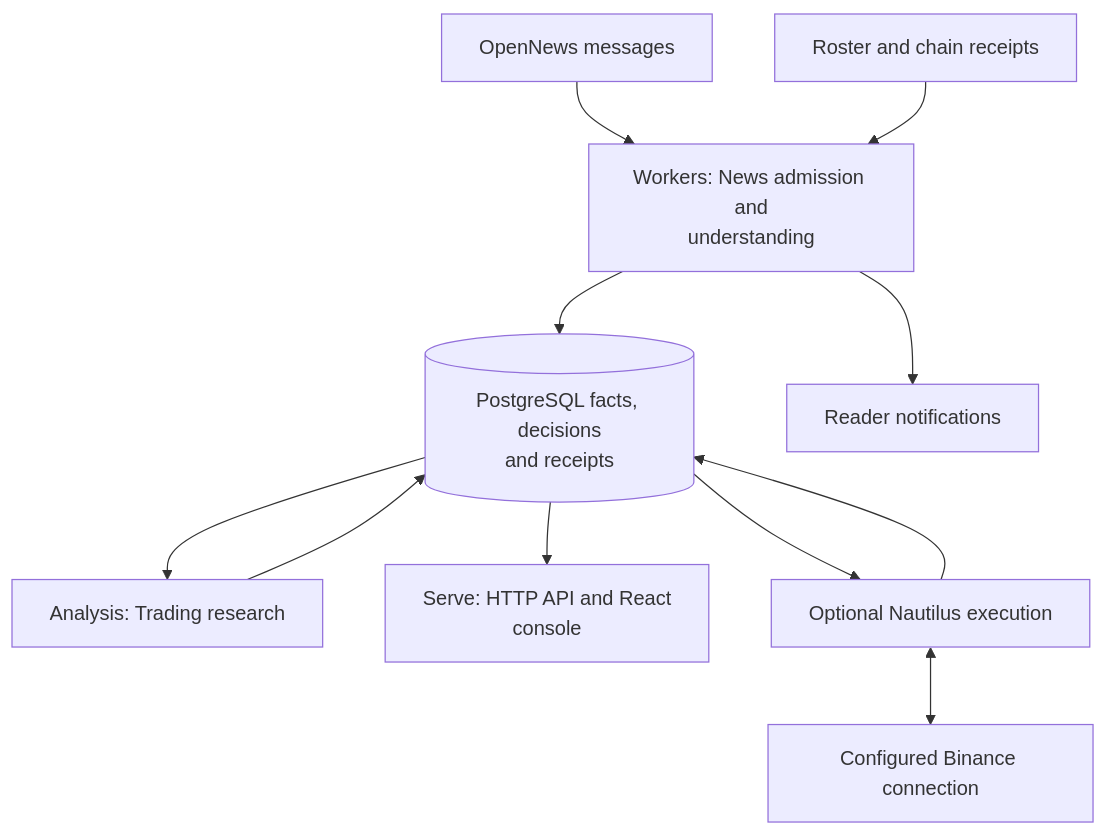
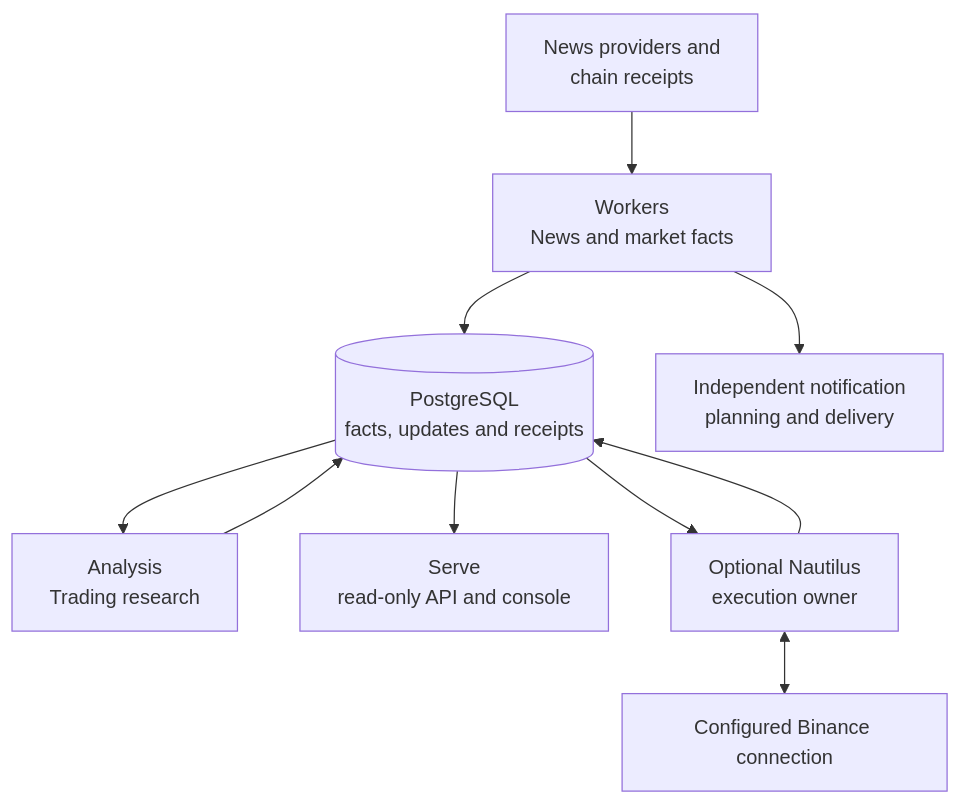
One commit to AnalyThothAI/tracefold changed the diagram in README.md. Above: the diagram before and after it, drawn with Mermaid. The commit also changed other lines of this file and 61 other files, not shown here.

````diff
--- a/README.md
+++ b/README.md
@@ -28,13 +27,12 @@
 ```mermaid
 flowchart TB
-    Sources["OpenNews messages"] --> Workers["Workers: News admission and<br/>understanding"]
-    Chain["Roster and chain receipts"] --> Workers
-    Workers --> PG[("PostgreSQL facts, decisions<br/>and receipts")]
-    Workers --> Push["Reader notifications"]
-    PG --> Analysis["Analysis: Trading research"]
-    Analysis --> PG
-    PG --> Serve["Serve: HTTP API and React<br/>console"]
-    PG --> Runtime["Optional Nautilus execution"]
+    Inputs["News providers and<br/>chain receipts"] --> News["Workers<br/>News and market facts"]
+    News --> Facts[("PostgreSQL<br/>facts, updates and receipts")]
+    News --> Reader["Independent notification<br/>planning and delivery"]
+    Facts --> Analysis["Analysis<br/>Trading research"]
+    Analysis --> Facts
+    Facts --> Serve["Serve<br/>read-only API and console"]
+    Facts --> Runtime["Optional Nautilus<br/>execution owner"]
     Runtime <--> Venue["Configured Binance connection"]
-    Runtime --> PG
+    Runtime --> Facts
 ```
````
